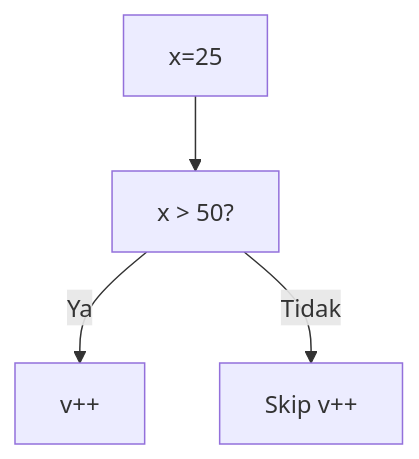
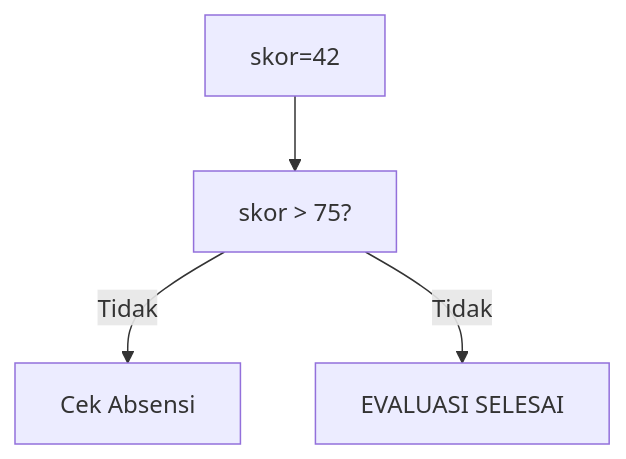
Diagram 16 of 25 in part-c-pemahaman-cpp/02-percabangan/latihan/set-07.md (amnahwaida/OSNK_INF_PREP), drawn with Mermaid before and after one commit. The commit also changed other lines of this file and 71 other files, not shown here.

````diff
--- a/part-c-pemahaman-cpp/02-percabangan/latihan/set-07.md
+++ b/part-c-pemahaman-cpp/02-percabangan/latihan/set-07.md
@@ -444,6 +467,6 @@
 ```mermaid
 graph TD
-A["x=25"] --> B["x > 50?"]
-B -- Ya --> C["v++"]
-B -- Tidak --> D["Skip v++"]
+A["skor=42"] --> B["skor > 75?"]
+B -- Tidak --> C["Cek Absensi"]
+B -- Tidak --> D["EVALUASI SELESAI"]
 ```
````
